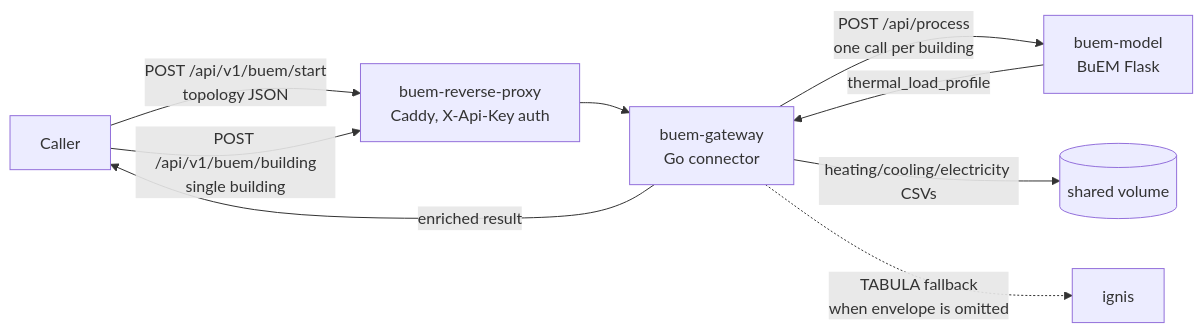
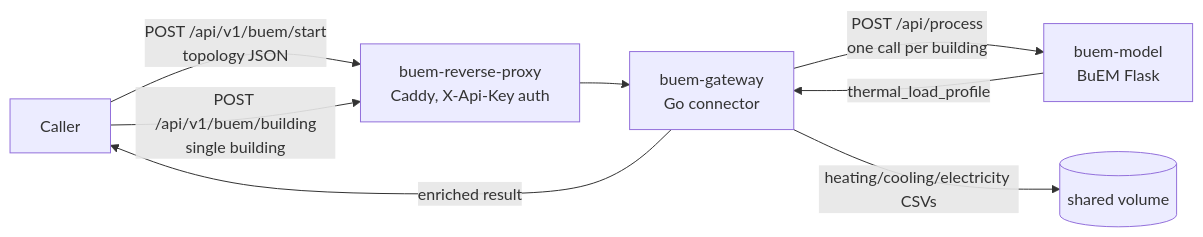
The diagram in README.md (enerplanet/buem-gateway), drawn with Mermaid before and after one commit. The commit also changed other lines of this file and 28 other files, not shown here.

````diff
--- a/README.md
+++ b/README.md
@@ -24,11 +24,10 @@
 ```mermaid
 graph LR
     CALLER[Caller] -->|POST /api/v1/buem/start<br>topology JSON| PROXY[buem-reverse-proxy<br>Caddy, X-Api-Key auth]
     CALLER -->|POST /api/v1/buem/building<br>single building| PROXY
     PROXY --> APP[buem-gateway<br>Go connector]
     APP -->|POST /api/process<br>one call per building| MODEL[buem-model<br>BuEM Flask]
     MODEL -->|thermal_load_profile| APP
     APP -->|enriched result| CALLER
     APP -->|heating/cooling/electricity CSVs| VOL[(shared volume)]
-    APP -.->|TABULA fallback<br>when envelope is omitted| IGNIS[ignis]
 ```
````
